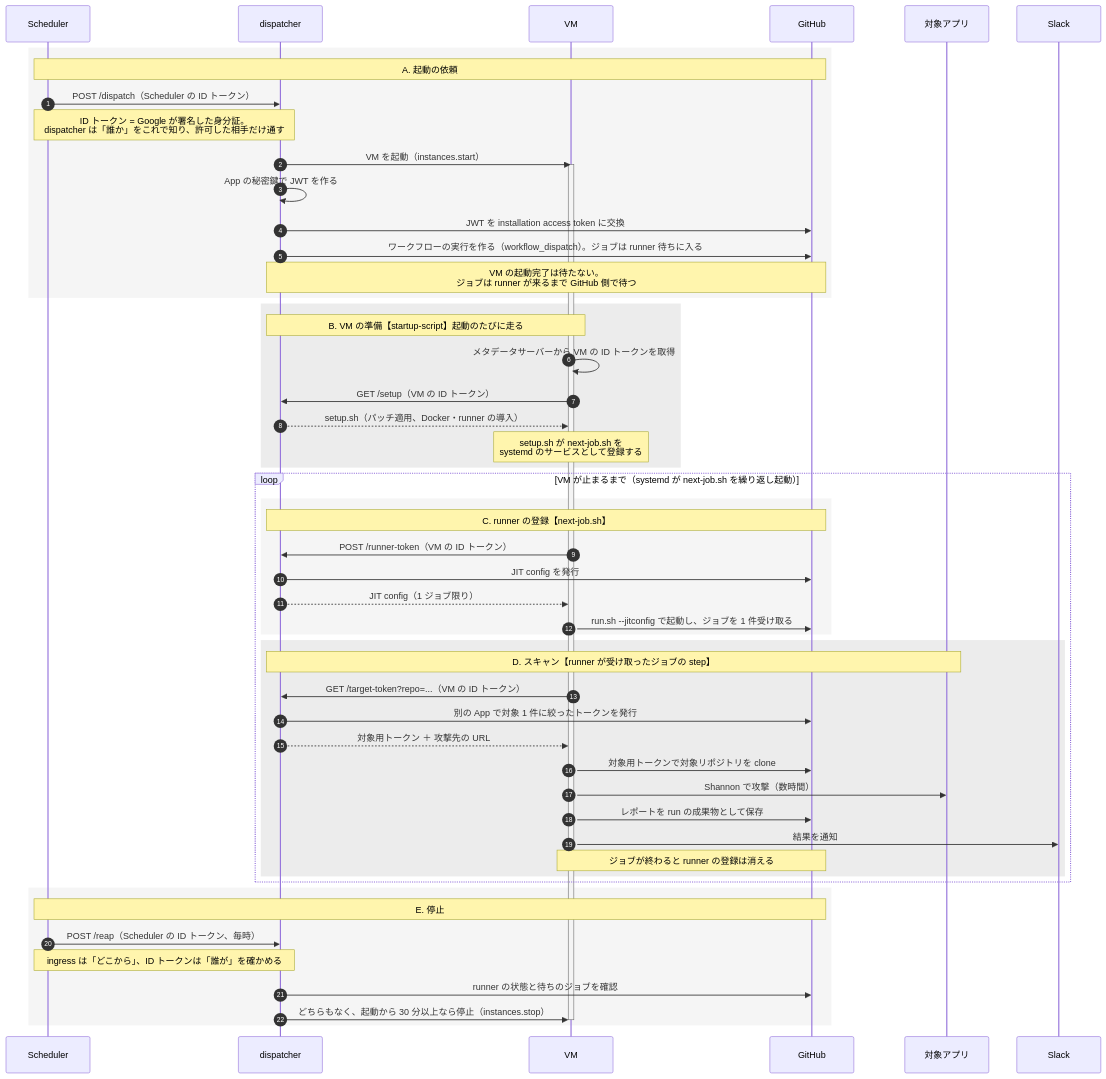
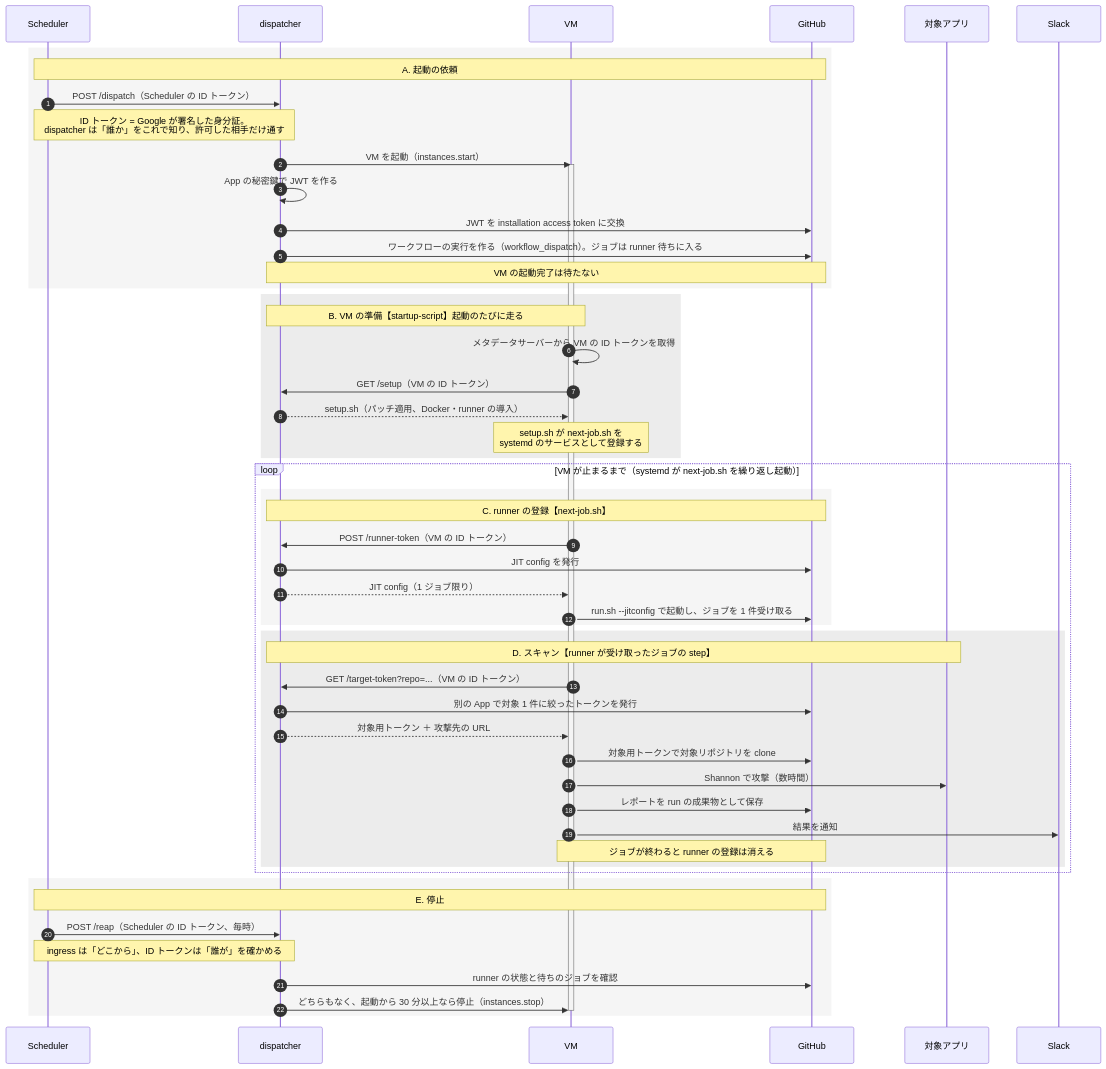
One commit to newbee1939/h6o changed the first of 2 diagrams in posts/shannon-runner.ja.md. Above: the diagram before and after it, drawn with Mermaid. The commit also changed other lines of this file and 8 other files, not shown here.

````diff
--- a/posts/shannon-runner.ja.md
+++ b/posts/shannon-runner.ja.md
@@ -95,61 +95,61 @@
 ```mermaid
 sequenceDiagram
   autonumber
   participant S as Scheduler
   participant D as dispatcher
   participant V as VM
   participant G as GitHub
   participant T as 対象アプリ
   participant SL as Slack
 
   rect rgba(128, 128, 128, 0.08)
     Note over S,G: A. 起動の依頼
     S->>D: POST /dispatch（Scheduler の ID トークン）
     Note over S,D: ID トークン = Google が署名した身分証。<br>dispatcher は「誰か」をこれで知り、許可した相手だけ通す
     D->>V: VM を起動（instances.start）
     activate V
     D->>D: App の秘密鍵で JWT を作る
     D->>G: JWT を installation access token に交換
     D->>G: ワークフローの実行を作る（workflow_dispatch）。ジョブは runner 待ちに入る
-    Note over D,G: VM の起動完了は待たない。<br>ジョブは runner が来るまで GitHub 側で待つ
+    Note over D,G: VM の起動完了は待たない
   end
 
   rect rgba(128, 128, 128, 0.15)
     Note over D,V: B. VM の準備【startup-script】起動のたびに走る
     V->>V: メタデータサーバーから VM の ID トークンを取得
     V->>D: GET /setup（VM の ID トークン）
     D-->>V: setup.sh（パッチ適用、Docker・runner の導入）
     Note over V: setup.sh が next-job.sh を<br>systemd のサービスとして登録する
   end
 
   loop VM が止まるまで（systemd が next-job.sh を繰り返し起動）
     rect rgba(128, 128, 128, 0.08)
       Note over D,G: C. runner の登録【next-job.sh】
       V->>D: POST /runner-token（VM の ID トークン）
       D->>G: JIT config を発行
       D-->>V: JIT config（1 ジョブ限り）
       V->>G: run.sh --jitconfig で起動し、ジョブを 1 件受け取る
     end
 
     rect rgba(128, 128, 128, 0.15)
       Note over D,T: D. スキャン【runner が受け取ったジョブの step】
       V->>D: GET /target-token?repo=...（VM の ID トークン）
       D->>G: 別の App で対象 1 件に絞ったトークンを発行
       D-->>V: 対象用トークン ＋ 攻撃先の URL
       V->>G: 対象用トークンで対象リポジトリを clone
       V->>T: Shannon で攻撃（数時間）
       V->>G: レポートを run の成果物として保存
       V->>SL: 結果を通知
       Note over V,G: ジョブが終わると runner の登録は消える
     end
   end
 
   rect rgba(128, 128, 128, 0.08)
     Note over S,G: E. 停止
     S->>D: POST /reap（Scheduler の ID トークン、毎時）
     Note over S,D: ingress は「どこから」、ID トークンは「誰が」を確かめる
     D->>G: runner の状態と待ちのジョブを確認
     D->>V: どちらもなく、起動から 30 分以上なら停止（instances.stop）
     deactivate V
   end
 ```
````
